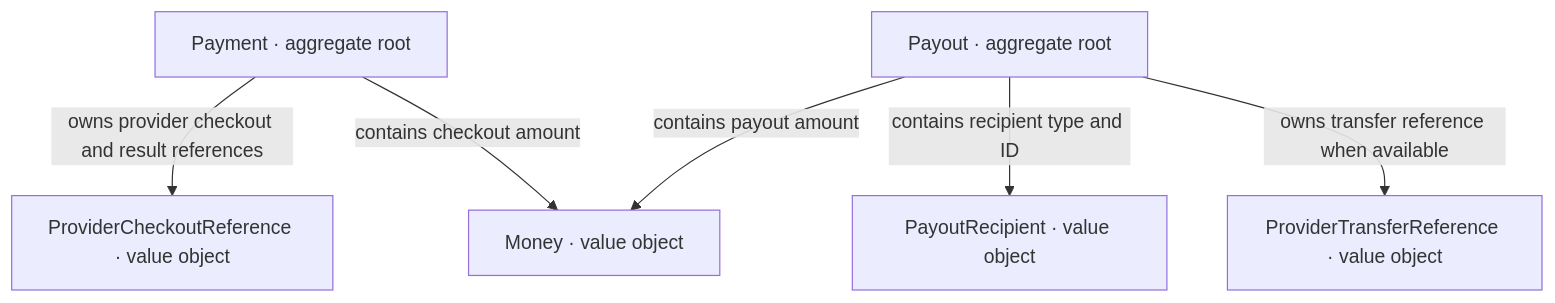
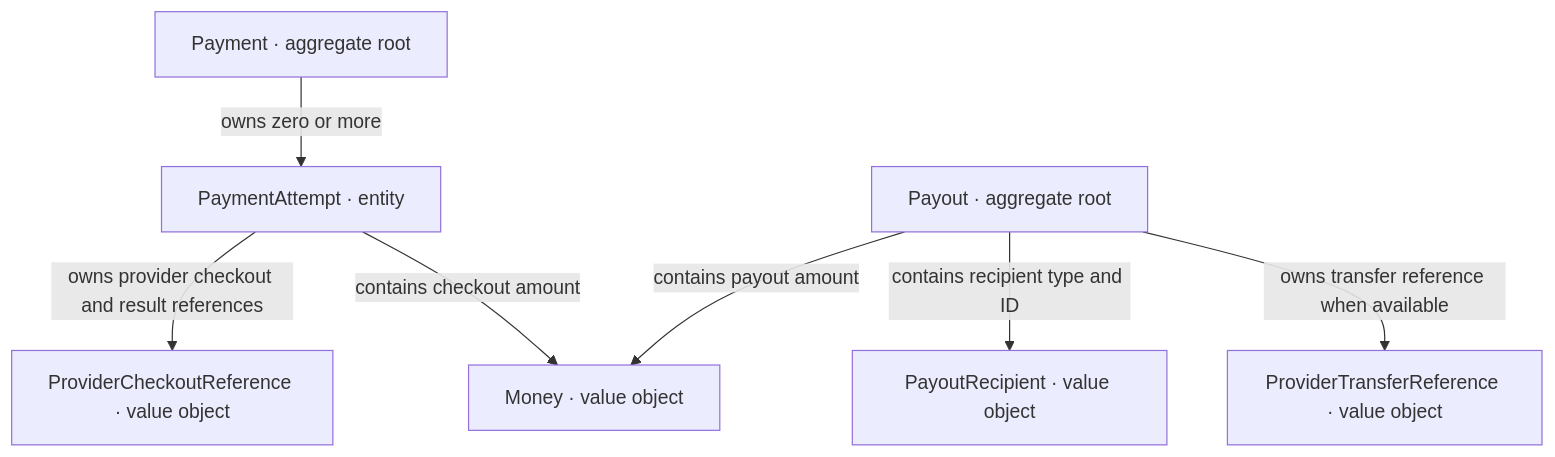
Before and after one commit to shaharDAli/buggy-systems: the fifth of 6 diagrams in docs/buggy-entity-graph.md, drawn with Mermaid. The commit also changed other lines of this file and 30 other files, not shown here.

````diff
--- a/docs/buggy-entity-graph.md
+++ b/docs/buggy-entity-graph.md
@@ -79,8 +79,9 @@
 ```mermaid
 flowchart TB
-    Payment["Payment · aggregate root"] -->|owns provider checkout and result references| Checkout["ProviderCheckoutReference · value object"]
-    Payment -->|contains checkout amount| Amount["Money · value object"]
+    Payment["Payment · aggregate root"] -->|owns zero or more| Attempt["PaymentAttempt · entity"]
+    Attempt -->|owns provider checkout and result references| Checkout["ProviderCheckoutReference · value object"]
+    Attempt -->|contains checkout amount| Amount["Money · value object"]
     Payout["Payout · aggregate root"] -->|contains recipient type and ID| Recipient["PayoutRecipient · value object"]
     Payout -->|owns transfer reference when available| Transfer["ProviderTransferReference · value object"]
     Payout -->|contains payout amount| Amount
 ```
````
